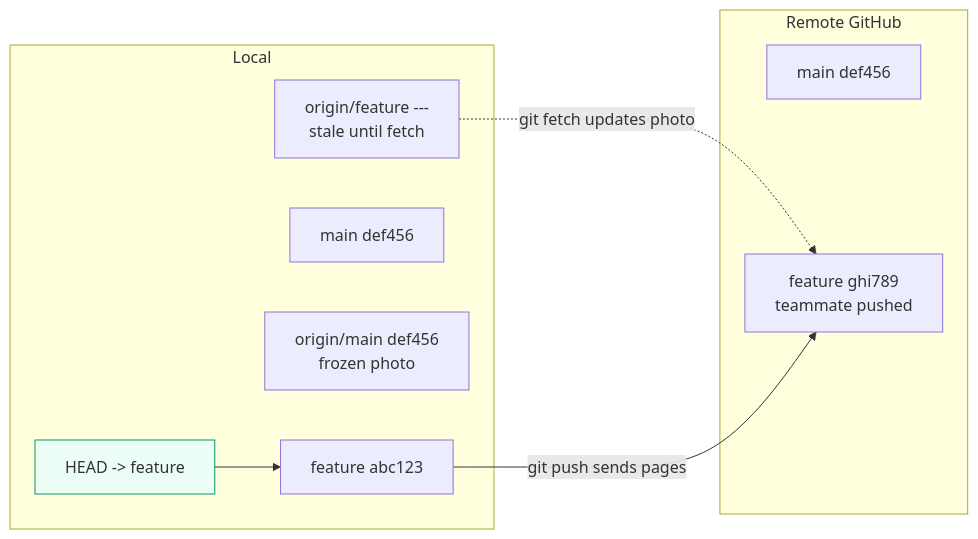
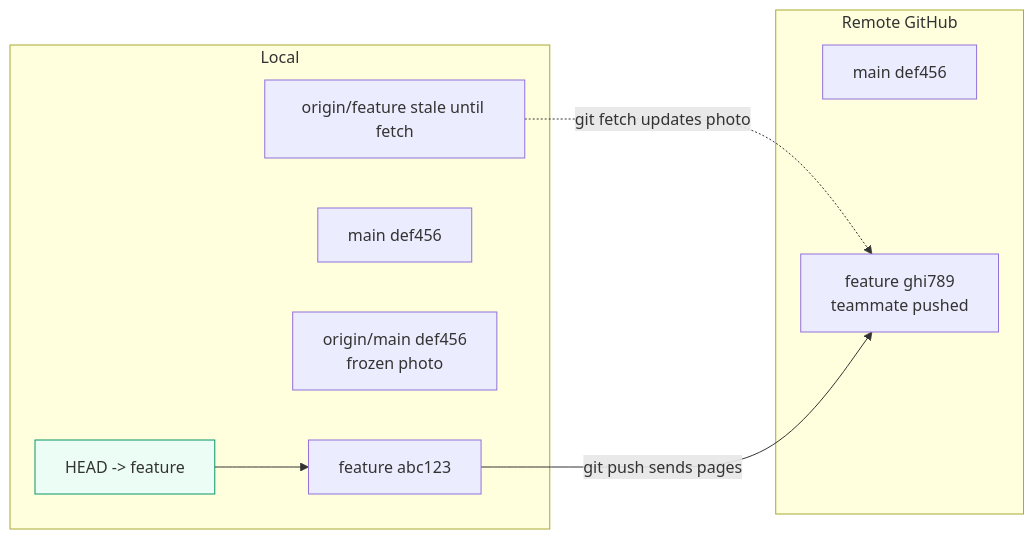
Before and after one commit to lakshay-goyal/learning-phase: the diagram in DevOps/Git/notes/03-Branches-Remotes.md, drawn with Mermaid. The commit also changed other lines of this file and 39 other files, not shown here.

````diff
--- a/DevOps/Git/notes/03-Branches-Remotes.md
+++ b/DevOps/Git/notes/03-Branches-Remotes.md
@@ -75,16 +82,16 @@
 ```mermaid
 flowchart LR
   subgraph Local
     H[HEAD -> feature] --> F[feature abc123]
     M[main def456]
     O1[origin/main def456<br/>frozen photo]
-    O2[origin/feature ---<br/>stale until fetch]
+    O2[origin/feature stale until fetch]
   end
   subgraph Remote GitHub
     R1[main def456]
     R2[feature ghi789<br/>teammate pushed]
   end
   O2 -.->|git fetch updates photo| R2
   F -->|git push sends pages| R2
   style H fill:#ecfdf5,stroke:#059669
 ```
````
